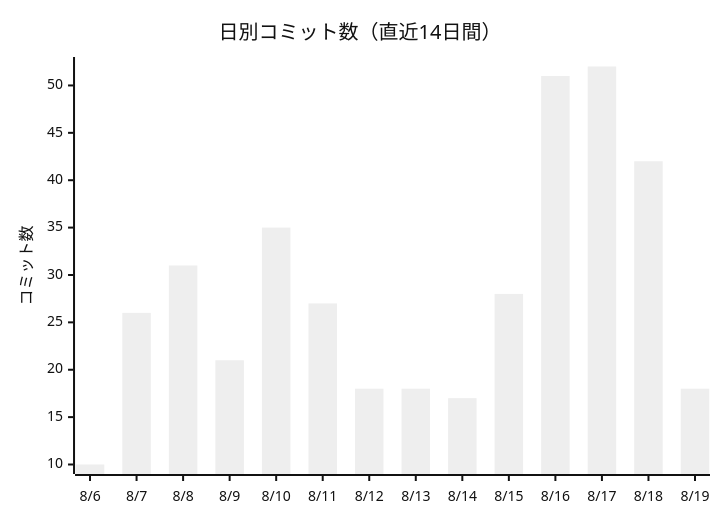
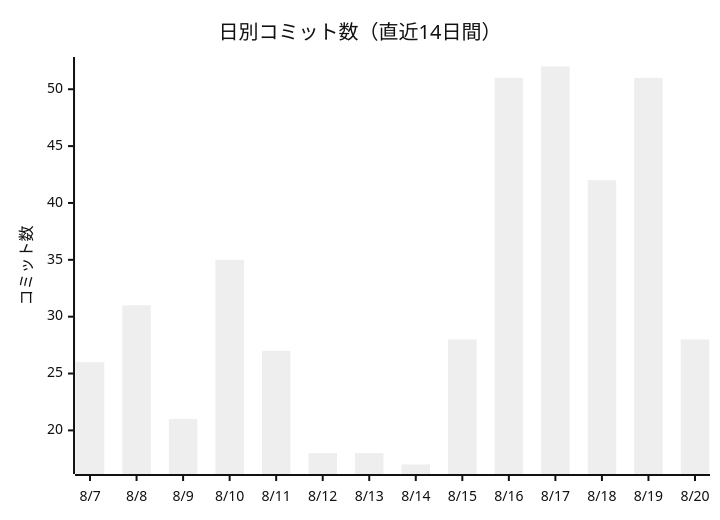
The first of 2 diagrams in docs/進化レポート.md (non-x2/non-x2), drawn with Mermaid (neutral theme) before and after one commit. The commit also changed other lines of this file and 2 other files, not shown here.

````diff
--- a/docs/進化レポート.md
+++ b/docs/進化レポート.md
@@ -23,7 +23,7 @@
 ```mermaid
 xychart-beta
     title "日別コミット数（直近14日間）"
-    x-axis ["8/6", "8/7", "8/8", "8/9", "8/10", "8/11", "8/12", "8/13", "8/14", "8/15", "8/16", "8/17", "8/18", "8/19"]
+    x-axis ["8/7", "8/8", "8/9", "8/10", "8/11", "8/12", "8/13", "8/14", "8/15", "8/16", "8/17", "8/18", "8/19", "8/20"]
     y-axis "コミット数"
-    bar [10, 26, 31, 21, 35, 27, 18, 18, 17, 28, 51, 52, 42, 18]
+    bar [26, 31, 21, 35, 27, 18, 18, 17, 28, 51, 52, 42, 51, 28]
 ```
````
